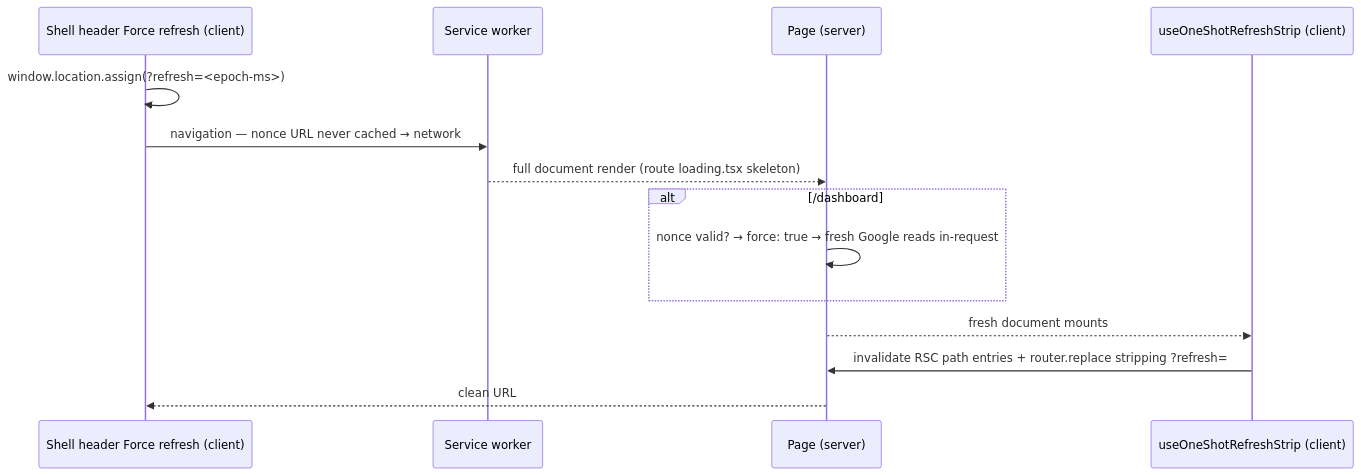
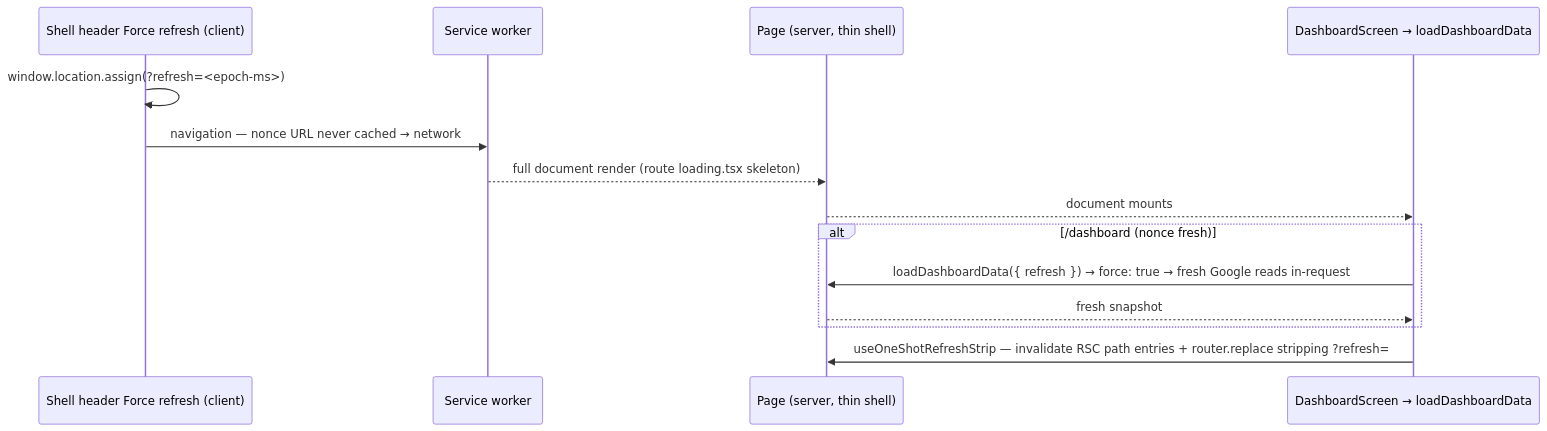
One commit to oncloudnintynineone-source/cloudy2 changed the second of 5 diagrams in docs/loading-transitions.md. Above: the diagram before and after it, drawn with Mermaid. The commit also changed other lines of this file and 22 other files, not shown here.

Commit message:
docs: sync mermaid diagrams with current code, fix diagram syntax errors

````diff
--- a/docs/loading-transitions.md
+++ b/docs/loading-transitions.md
@@ -251,16 +251,16 @@
 ```mermaid
 sequenceDiagram
  participant V as Shell header Force refresh (client)
  participant SW as Service worker
- participant P as Page (server)
- participant R as useOneShotRefreshStrip (client)
+ participant P as Page (server, thin shell)
+ participant R as DashboardScreen → loadDashboardData
  V->>V: window.location.assign(?refresh=<epoch-ms>)
  V->>SW: navigation — nonce URL never cached → network
  SW-->>P: full document render (route loading.tsx skeleton)
- alt /dashboard
- P->>P: nonce valid? → force: true → fresh Google reads in-request
+ P-->>R: document mounts
+ alt /dashboard (nonce fresh)
+ R->>P: loadDashboardData({ refresh }) → force: true → fresh Google reads in-request
+ P-->>R: fresh snapshot
  end
- P-->>R: fresh document mounts
- R->>P: invalidate RSC path entries + router.replace stripping ?refresh=
- P-->>V: clean URL
+ R->>P: useOneShotRefreshStrip — invalidate RSC path entries + router.replace stripping ?refresh=
 ```
````
